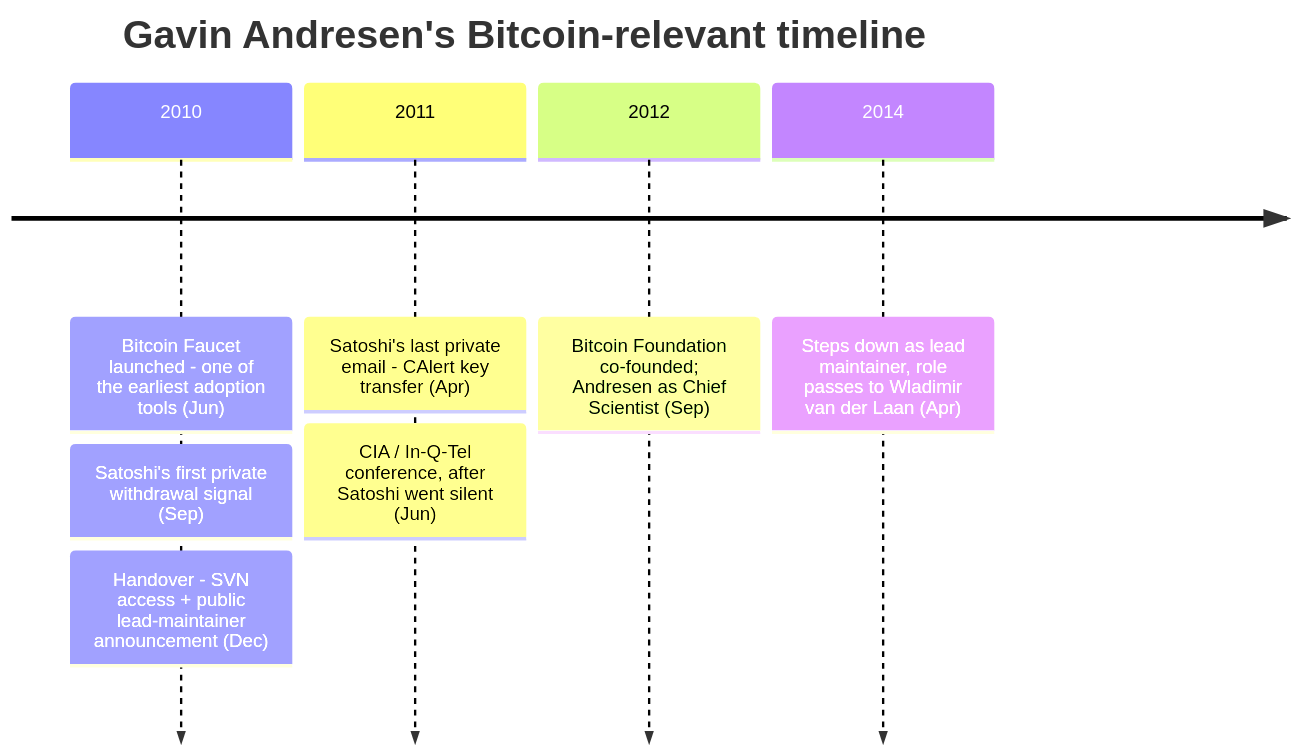
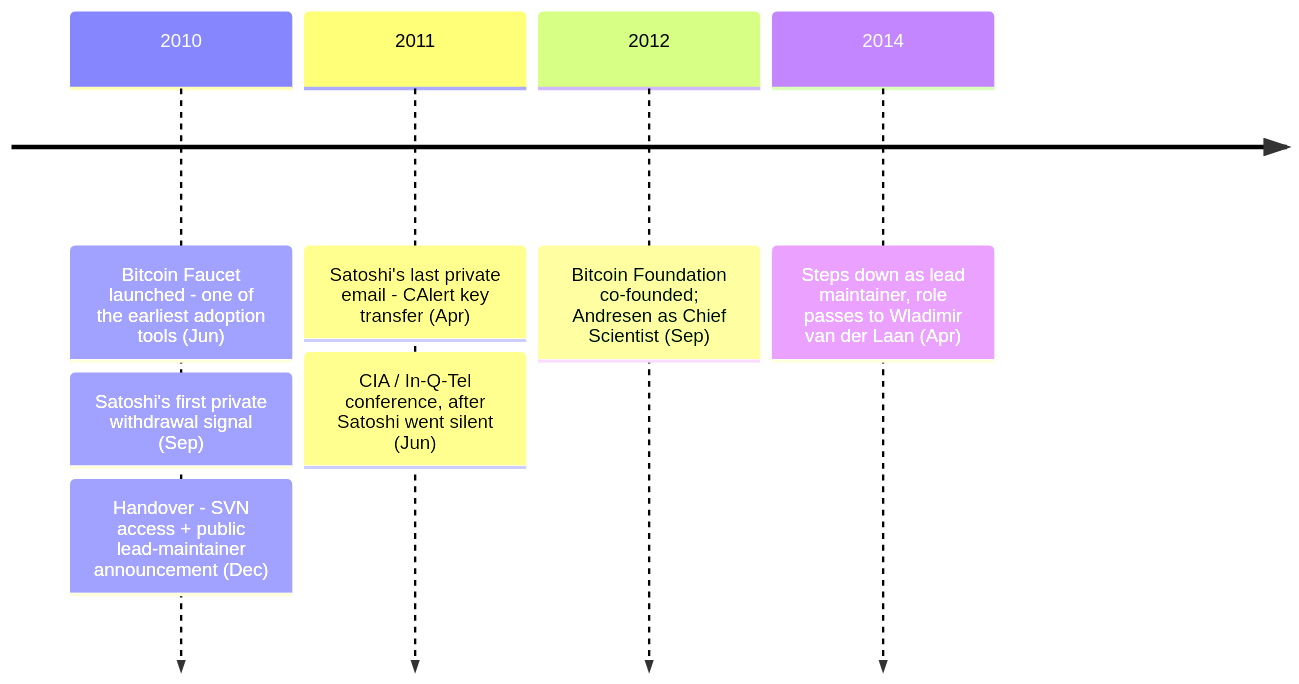
The diagram in src/data/entries/en/aftermath/2010-06-11-gavin-andresen-biography.md (cypher256/BitcoinArchive), drawn with Mermaid before and after one commit. The commit also changed other lines of this file and 50 other files, not shown here.

````diff
--- a/src/data/entries/en/aftermath/2010-06-11-gavin-andresen-biography.md
+++ b/src/data/entries/en/aftermath/2010-06-11-gavin-andresen-biography.md
@@ -58,11 +60,10 @@
 ```mermaid
 timeline
-    title Gavin Andresen's Bitcoin-relevant timeline
     2010 : Bitcoin Faucet launched - one of the earliest adoption tools (Jun)
          : Satoshi's first private withdrawal signal (Sep)
          : Handover - SVN access + public lead-maintainer announcement (Dec)
     2011 : Satoshi's last private email - CAlert key transfer (Apr)
          : CIA / In-Q-Tel conference, after Satoshi went silent (Jun)
     2012 : Bitcoin Foundation co-founded; Andresen as Chief Scientist (Sep)
     2014 : Steps down as lead maintainer, role passes to Wladimir van der Laan (Apr)
 ```
````
